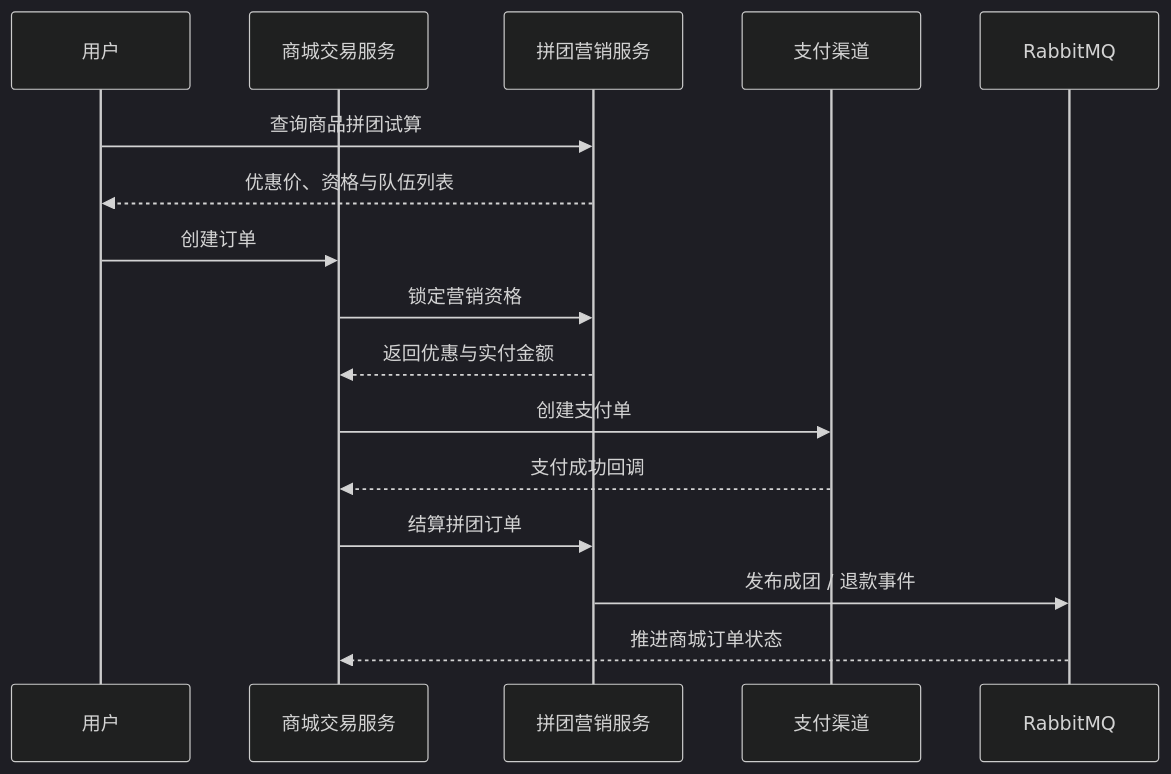
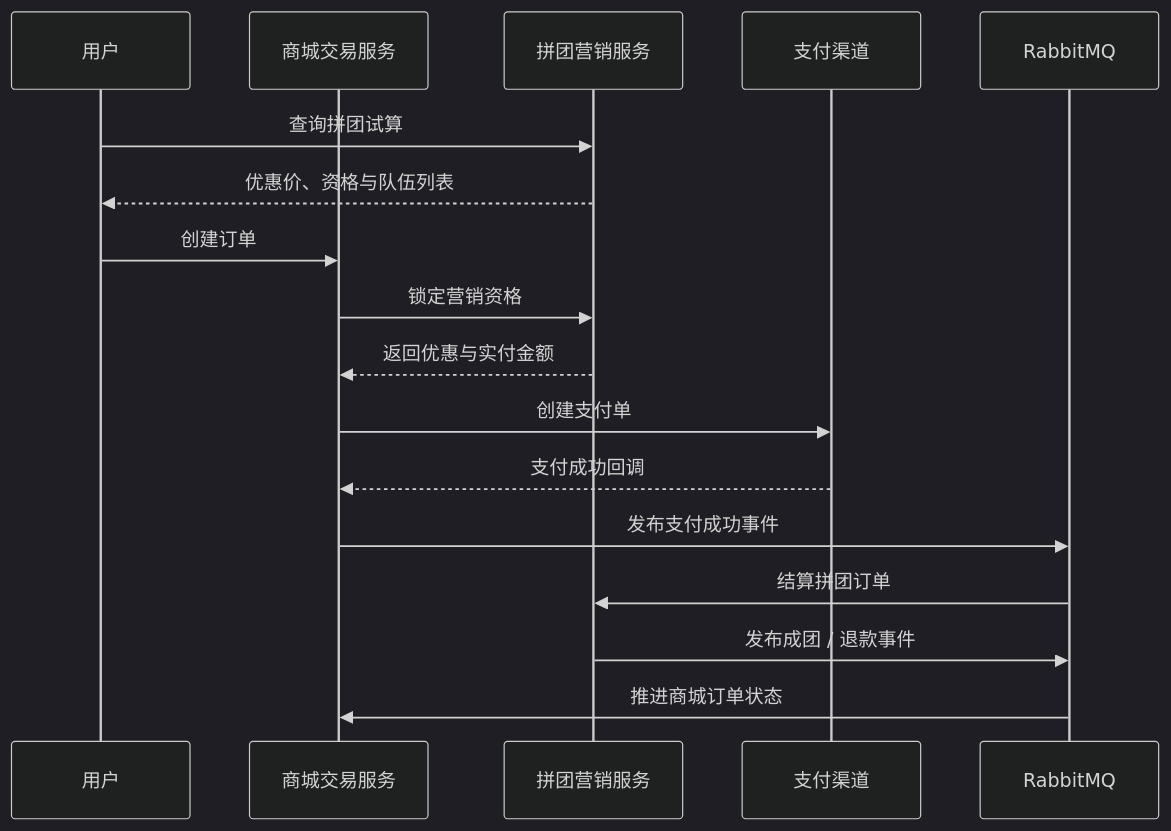
Before and after one commit to wangyijie01/group-buying-platform: the second of 2 diagrams in README.md, drawn with Mermaid (dark theme). The commit also changed other lines of this file and 42 other files, not shown here.

````diff
--- a/README.md
+++ b/README.md
@@ -89,19 +92,20 @@
 ```mermaid
 sequenceDiagram
     participant U as 用户
     participant T as 商城交易服务
     participant M as 拼团营销服务
     participant P as 支付渠道
     participant Q as RabbitMQ
 
-    U->>M: 查询商品拼团试算
+    U->>M: 查询拼团试算
     M-->>U: 优惠价、资格与队伍列表
     U->>T: 创建订单
     T->>M: 锁定营销资格
     M-->>T: 返回优惠与实付金额
     T->>P: 创建支付单
     P-->>T: 支付成功回调
-    T->>M: 结算拼团订单
+    T->>Q: 发布支付成功事件
+    Q->>M: 结算拼团订单
     M->>Q: 发布成团 / 退款事件
-    Q-->>T: 推进商城订单状态
+    Q->>T: 推进商城订单状态
 ```
````
